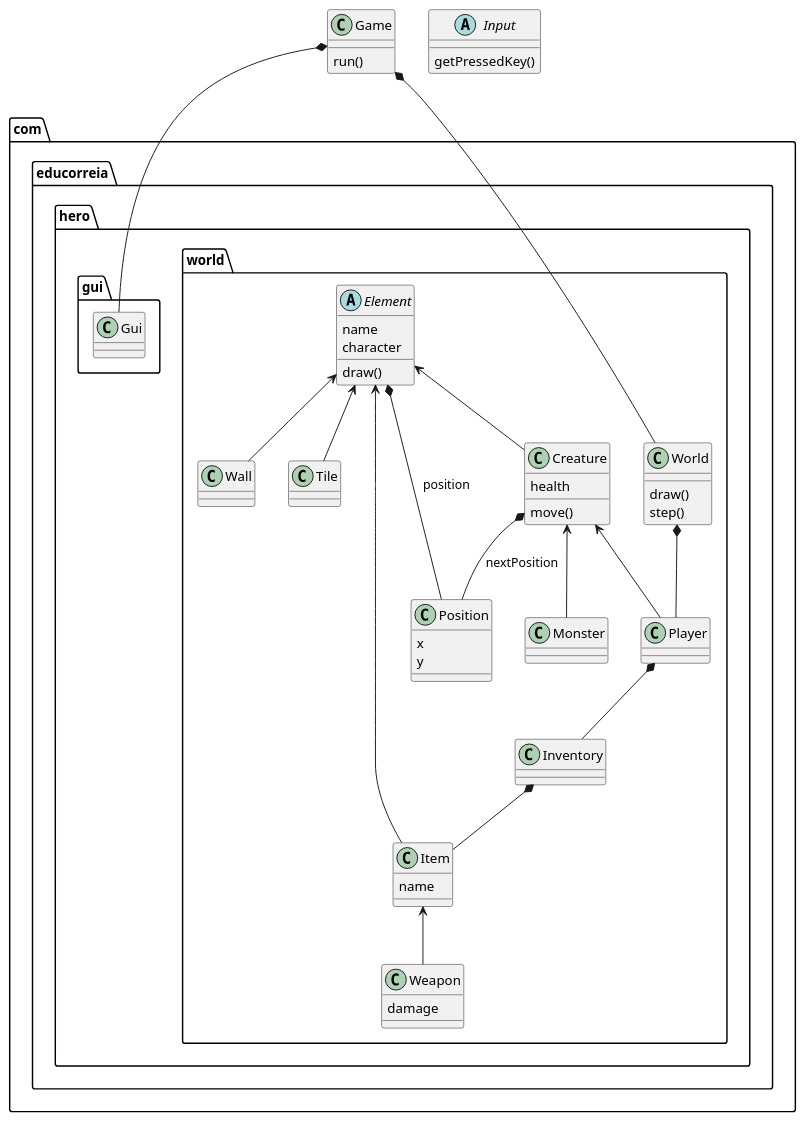
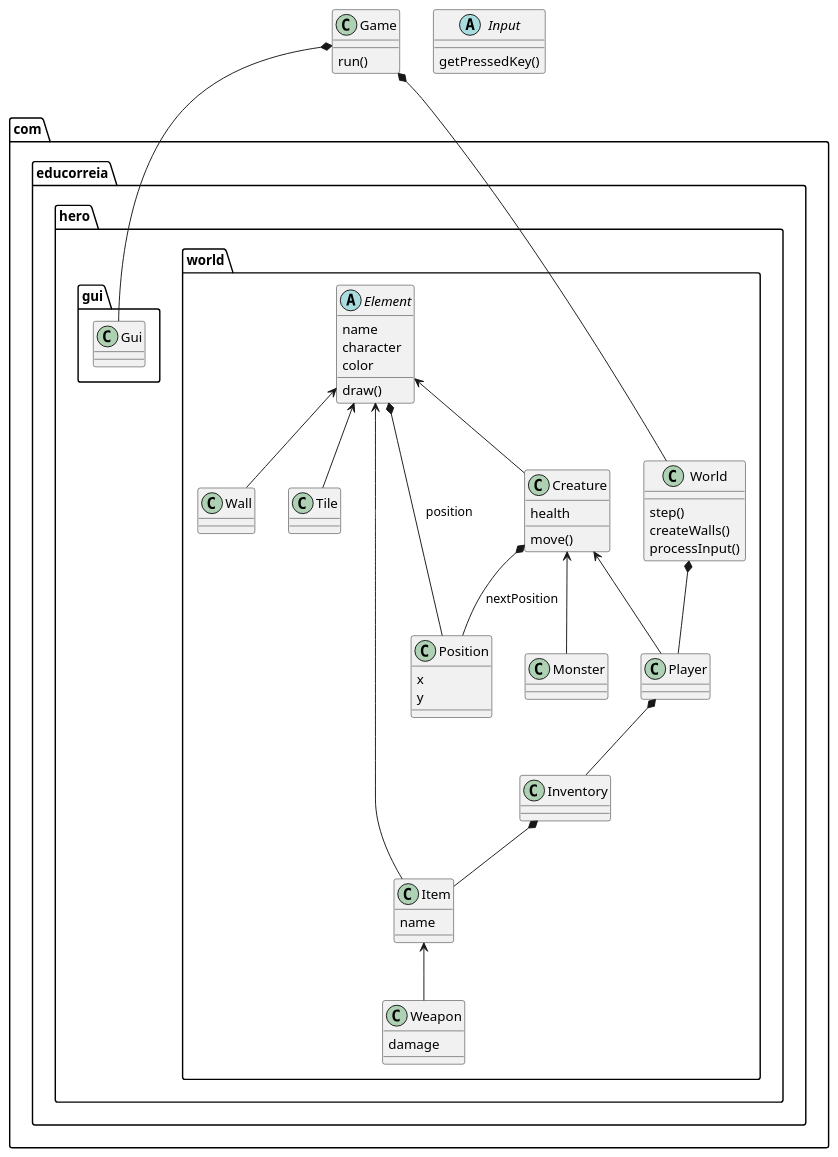
Before and after one commit to Educorreia932/FEUP-LPOO: the diagram in uml.puml, drawn with PlantUML. The commit also changed 3 other files, not shown here.

```diff
--- a/uml.puml
+++ b/uml.puml
@@ -1,70 +1,72 @@
 @startuml hero
 
 class Game {
     run()
 }
 
 abstract class Input {
     getPressedKey()
 }
 
 package com.educorreia.hero.world {
     class World {
-        draw()
         step()
+        createWalls()
+        processInput()
     }
 
     class Position {
         x
         y
     }
 
     abstract class Element {
         name
         character
+        color
 
         draw()
     }
 
     class Creature {
         health
         
         move()
     }
 
     class Weapon {
         damage
     }
 
     class Item {
         name
     }
 
     Creature <-- Player
     Creature <-- Monster
     Creature *-- Position : nextPosition
 
     World *-- Player
 
     Element <-- Creature
     Element <-- Item
     Element <-- Wall
+    Element <-- Tile
 
-    Element <-- Tile
     Element *-- Position : position
 
     Player *-- Inventory
 
     Inventory *-- Item
 
     Item <-- Weapon
 }
 
 package com.educorreia.hero.gui {
     class Gui
 }
 
 Game *-- Gui
 Game *-- World
 
 @enduml
```
